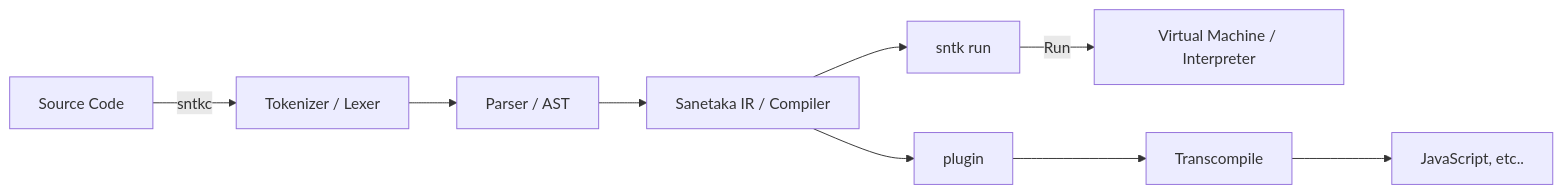
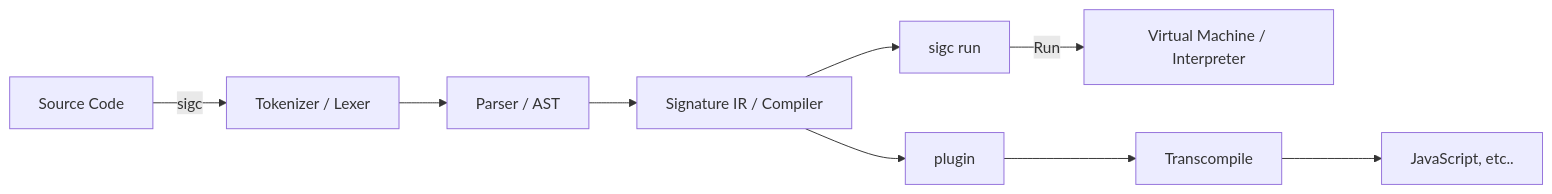
The diagram in README.md (siglang/signature), drawn with Mermaid before and after one commit. The commit also changed other lines of this file and 1 other file, not shown here.

````diff
--- a/README.md
+++ b/README.md
@@ -55,11 +43,11 @@
 ```mermaid
 graph LR
-    _[Source Code] --> |sntkc| Lexer
+    _[Source Code] --> |sigc| Lexer
     Lexer[Tokenizer / Lexer] --> Parser[Parser / AST]
-    Parser --> Compiler[Sanetaka IR / Compiler]
-    Compiler --> Run[sntk run]
+    Parser --> Compiler[Signature IR / Compiler]
+    Compiler --> Run[sigc run]
     Run --> |Run| VM[Virtual Machine / Interpreter]
     Compiler --> Plugin[plugin]
     Plugin --> Transcompile[Transcompile]
     Transcompile --> TResult[JavaScript, etc..]
 ```
````
